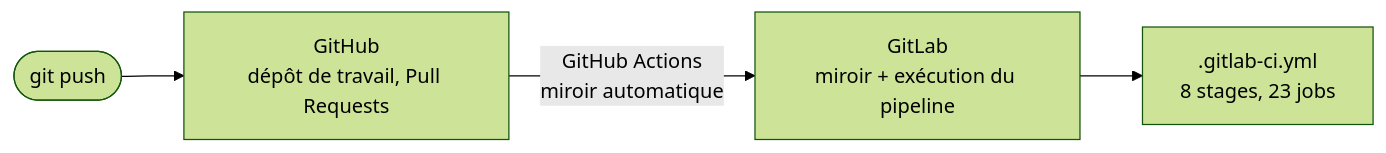
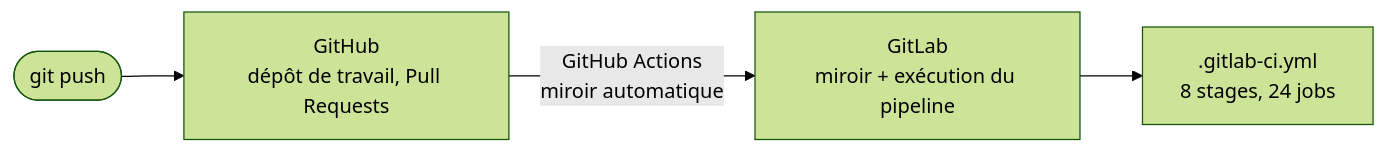
The fifth of 5 diagrams in ARCHITECTURE.md (TedPasquiet/G-rez-le-cycle-de-vie-de-d-veloppement-logiciel), drawn with Mermaid (forest theme) before and after one commit. The commit also changed other lines of this file and 4 other files, not shown here.

````diff
--- a/ARCHITECTURE.md
+++ b/ARCHITECTURE.md
@@ -126,6 +177,6 @@
 ```mermaid
 flowchart LR
     dev([git push]) --> gh[GitHub<br/>dépôt de travail, Pull Requests]
     gh -->|GitHub Actions<br/>miroir automatique| gl[GitLab<br/>miroir + exécution du pipeline]
-    gl --> ci[".gitlab-ci.yml<br/>8 stages, 23 jobs"]
+    gl --> ci[".gitlab-ci.yml<br/>8 stages, 24 jobs"]
 ```
````
